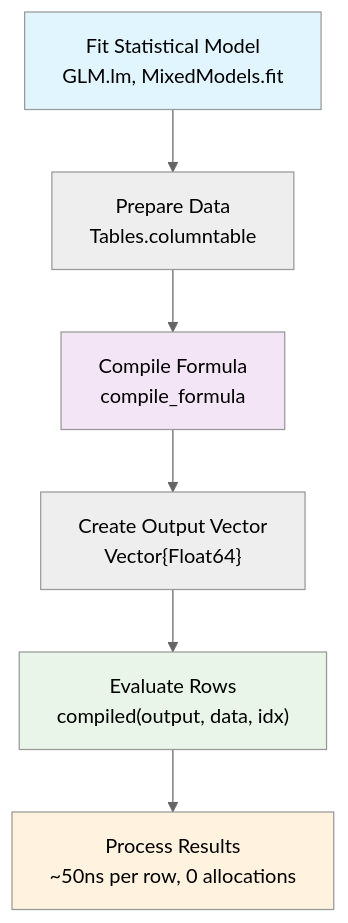
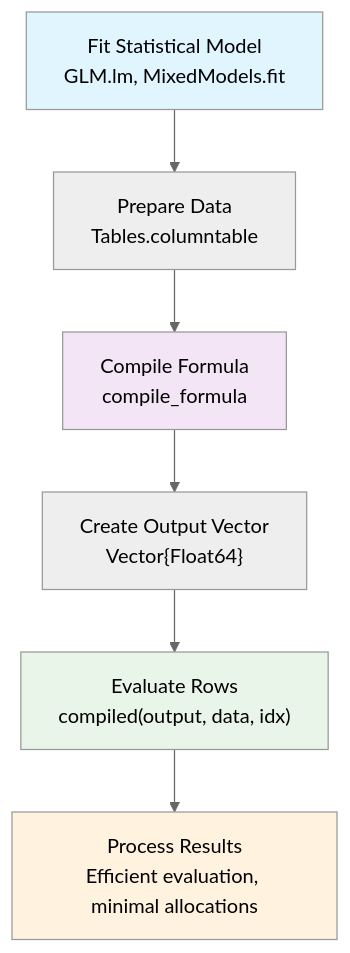
The diagram in README.md (emfeltham/FormulaCompiler.jl), drawn with Mermaid (neutral theme) before and after one commit. The commit also changed other lines of this file and 3 other files, not shown here.

````diff
--- a/README.md
+++ b/README.md
@@ -21,13 +21,13 @@
 ```mermaid
 flowchart TD
     A["Fit Statistical Model<br>GLM.lm, MixedModels.fit"] --> B["Prepare Data<br>Tables.columntable"]
     B --> C["Compile Formula<br>compile_formula"] 
     C --> D["Create Output Vector<br>Vector{Float64}"]
     D --> E["Evaluate Rows<br>compiled(output, data, idx)"]
-    E --> F["Process Results<br>~50ns per row, 0 allocations"]
+    E --> F["Process Results<br>Efficient evaluation, minimal allocations"]
     
     style A fill:#e1f5fe
     style C fill:#f3e5f5
     style E fill:#e8f5e8
     style F fill:#fff3e0
 ```
````
